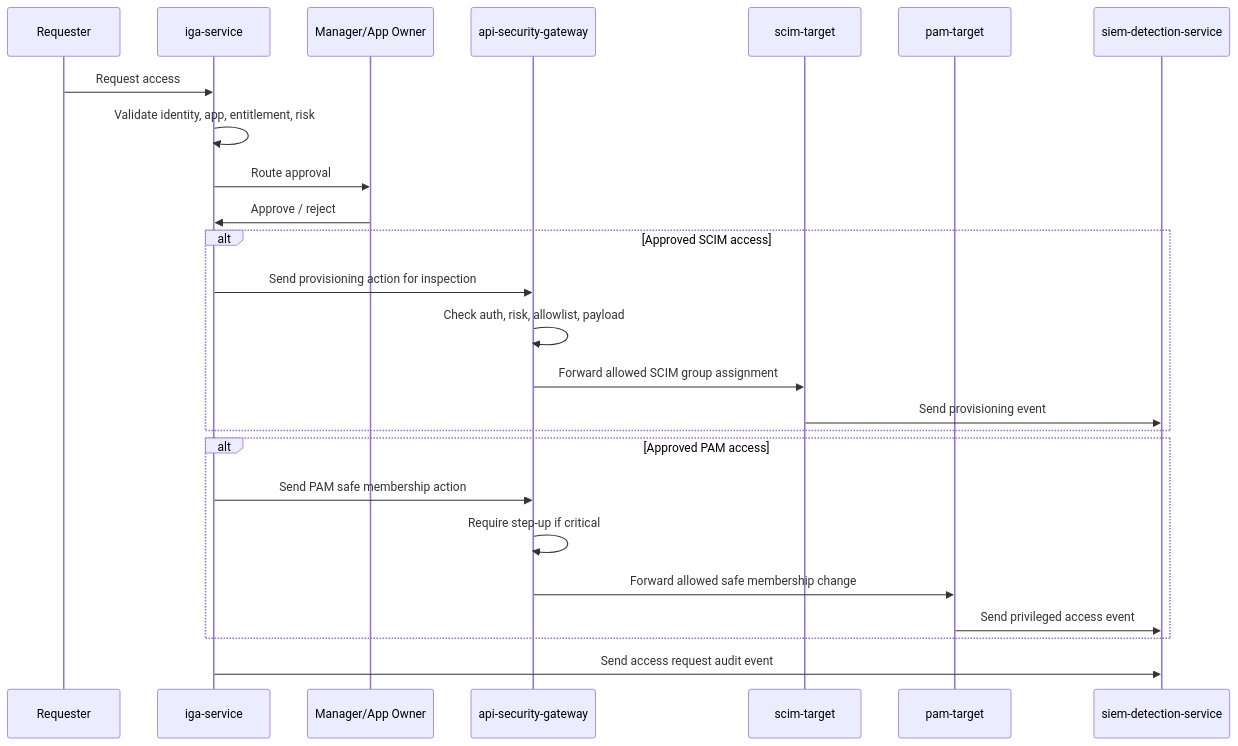
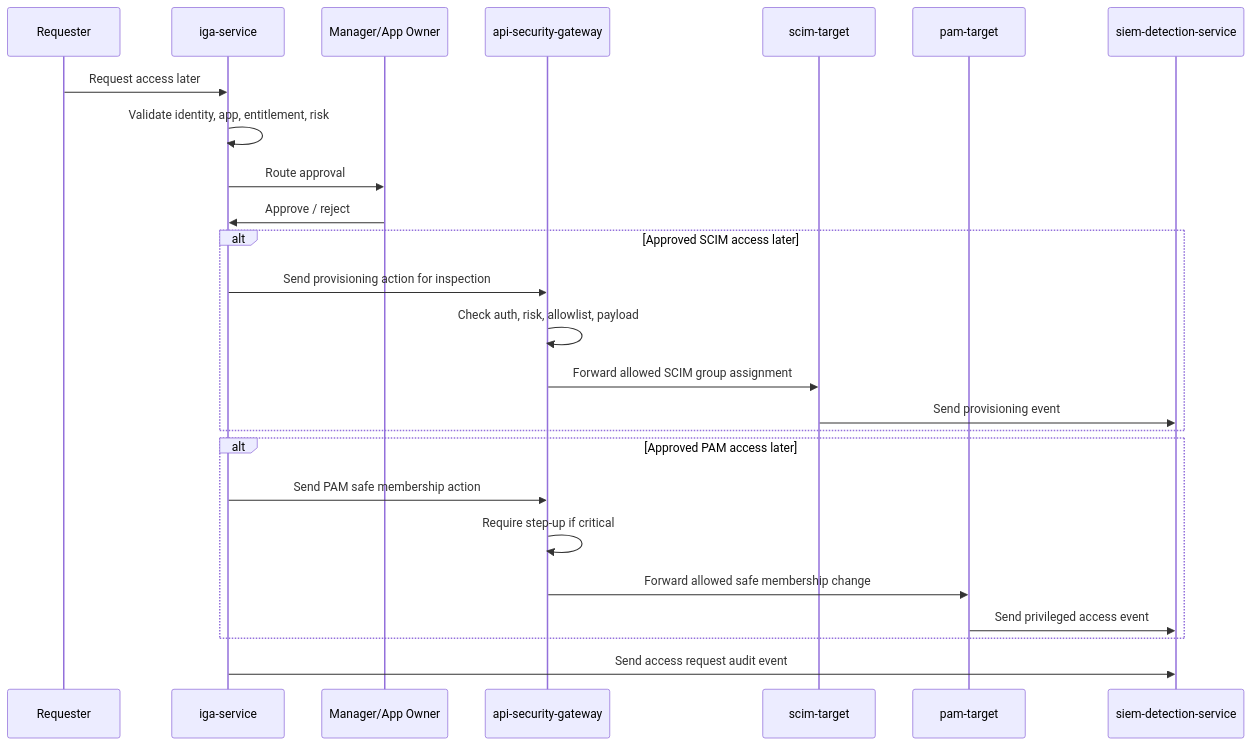
One commit to i-m-rish/luffy changed the fifth of 8 diagrams in docs/diagrams.md. Above: the diagram before and after it, drawn with Mermaid. The commit also changed other lines of this file, not shown here.

Commit message:
Update global diagrams with IGA foundation flow

````diff
--- a/docs/diagrams.md
+++ b/docs/diagrams.md
@@ -122,31 +148,31 @@
 ```mermaid
 sequenceDiagram
     participant User as Requester
     participant IGA as iga-service
     participant Manager as Manager/App Owner
     participant Gateway as api-security-gateway
     participant SCIM as scim-target
     participant PAM as pam-target
     participant SIEM as siem-detection-service
 
-    User->>IGA: Request access
+    User->>IGA: Request access later
     IGA->>IGA: Validate identity, app, entitlement, risk
     IGA->>Manager: Route approval
     Manager->>IGA: Approve / reject
 
-    alt Approved SCIM access
+    alt Approved SCIM access later
         IGA->>Gateway: Send provisioning action for inspection
         Gateway->>Gateway: Check auth, risk, allowlist, payload
         Gateway->>SCIM: Forward allowed SCIM group assignment
         SCIM->>SIEM: Send provisioning event
     end
 
-    alt Approved PAM access
+    alt Approved PAM access later
         IGA->>Gateway: Send PAM safe membership action
         Gateway->>Gateway: Require step-up if critical
         Gateway->>PAM: Forward allowed safe membership change
         PAM->>SIEM: Send privileged access event
     end
 
     IGA->>SIEM: Send access request audit event
 ```
````
